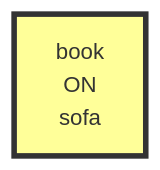
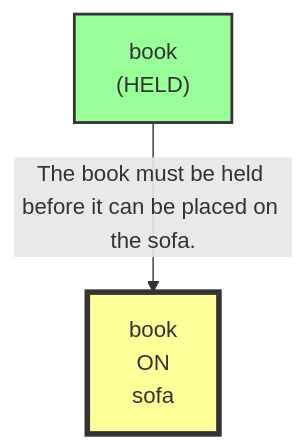
The sixth of 14 diagrams in evaluation/results/table2/robostate/non_stationarity/high/E_DYN_G03_S3_high/run_E_DYN_G03_S3_high.md (scuama/virtualhome), drawn with Mermaid before and after one commit. The commit also changed other lines of this file and 108 other files, not shown here.

````diff
--- a/evaluation/results/table2/robostate/non_stationarity/high/E_DYN_G03_S3_high/run_E_DYN_G03_S3_high.md
+++ b/evaluation/results/table2/robostate/non_stationarity/high/E_DYN_G03_S3_high/run_E_DYN_G03_S3_high.md
@@ -339,5 +344,8 @@
 ```mermaid
 graph TD
     N1["book<br>ON<br>sofa"]
     style N1 fill:#ff9,stroke:#333,stroke-width:4px
+    N2["book<br>(HELD)"]
+    style N2 fill:#9f9,stroke:#333,stroke-width:2px
+    N2 -->|"The book must be held before it can be placed on the sofa."| N1
 ```
````
